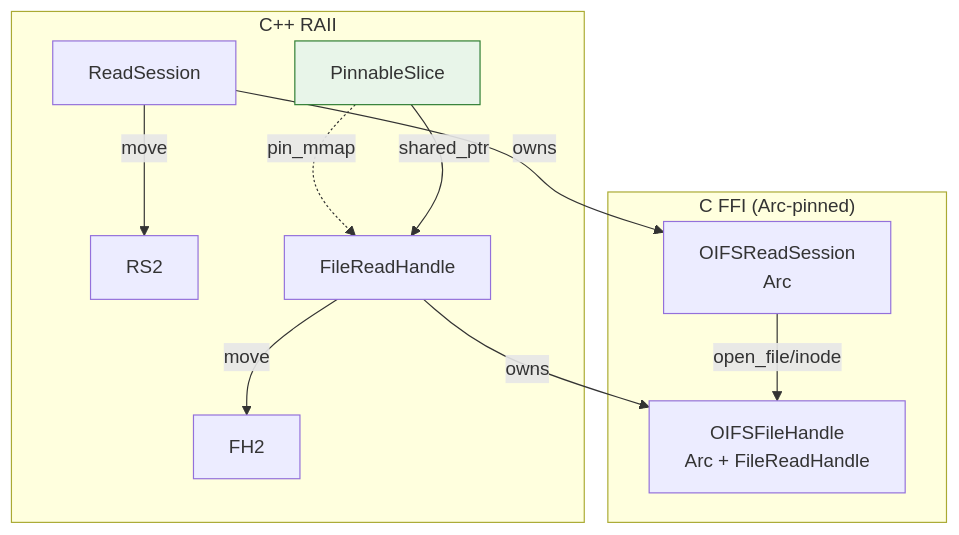
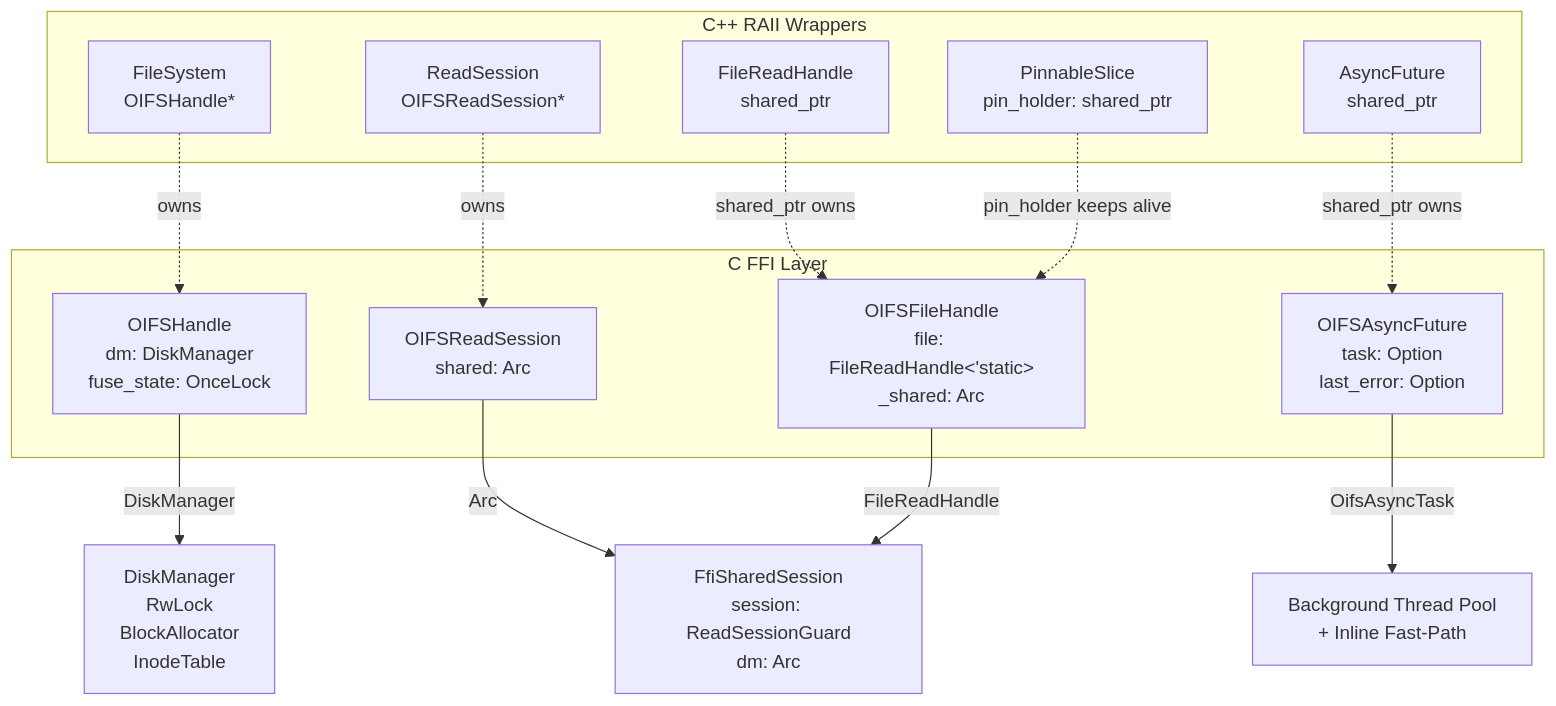
Before and after one commit to ych/oifs: the diagram in openwiki/architecture/ffi_interface.md, drawn with Mermaid. The commit also changed other lines of this file and 55 other files, not shown here.

````diff
--- a/openwiki/architecture/ffi_interface.md
+++ b/openwiki/architecture/ffi_interface.md
@@ -529,20 +513,28 @@
 ```mermaid
-flowchart TD
-    subgraph FFI["C FFI (Arc-pinned)"]
-        S[OIFSReadSession\nArc<FfiSharedSession>]
-        F[OIFSFileHandle\nArc<FfiSharedSession> + FileReadHandle]
-        S -->|open_file/inode| F
+flowchart TB
+    subgraph FFI[C FFI Layer]
+        OH[OIFSHandle<br/>dm: DiskManager<br/>fuse_state: OnceLock<FuseState>]
+        RS[OIFSReadSession<br/>shared: Arc<FfiSharedSession>]
+        FH[OIFSFileHandle<br/>file: FileReadHandle<'static><br/>_shared: Arc<FfiSharedSession>]
+        AF[OIFSAsyncFuture<br/>task: Option<OifsAsyncTask><br/>last_error: Option<String>]
     end
 
-    subgraph CPP["C++ RAII"]
-        RS[ReadSession] -->|move| RS2
-        FH[FileReadHandle] -->|move| FH2
-        PS[PinnableSlice] -.->|pin_mmap| FH
+    subgraph CPP[C++ RAII Wrappers]
+        FS[FileSystem<br/>OIFSHandle*]
+        RSW[ReadSession<br/>OIFSReadSession*]
+        FRH[FileReadHandle<br/>shared_ptr<OIFSFileHandle>]
+        PS[PinnableSlice<br/>pin_holder: shared_ptr<OIFSFileHandle>]
+        AFW[AsyncFuture<br/>shared_ptr<OIFSAsyncFuture>]
     end
 
-    RS -->|owns| S
-    FH -->|owns| F
-    PS -->|shared_ptr| FH
+    FS -.->|owns| OH
+    RSW -.->|owns| RS
+    FRH -.->|shared_ptr owns| FH
+    PS -.->|pin_holder keeps alive| FH
+    AFW -.->|shared_ptr owns| AF
 
-    style PS fill:#e8f5e9,stroke:#2e7d32
+    OH -->|DiskManager| DM[DiskManager<br/>RwLock<Superblock><br/>BlockAllocator<br/>InodeTable]
+    RS -->|Arc<FfiSharedSession>| Sess[FfiSharedSession<br/>session: ReadSessionGuard<br/>dm: Arc<DiskManager>]
+    FH -->|FileReadHandle| Sess
+    AF -->|OifsAsyncTask| BG[Background Thread Pool<br/>+ Inline Fast-Path]
 ```
````
